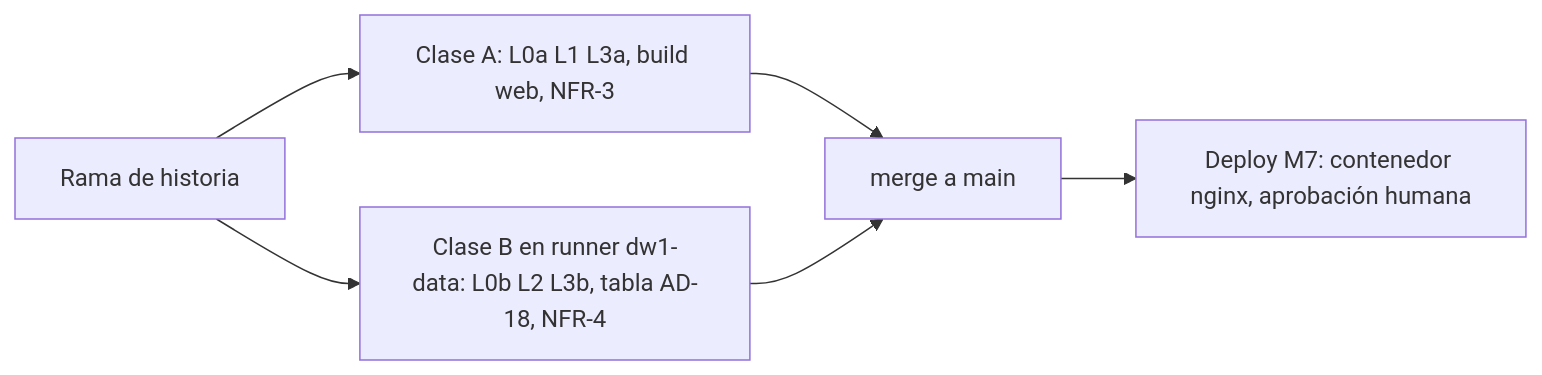
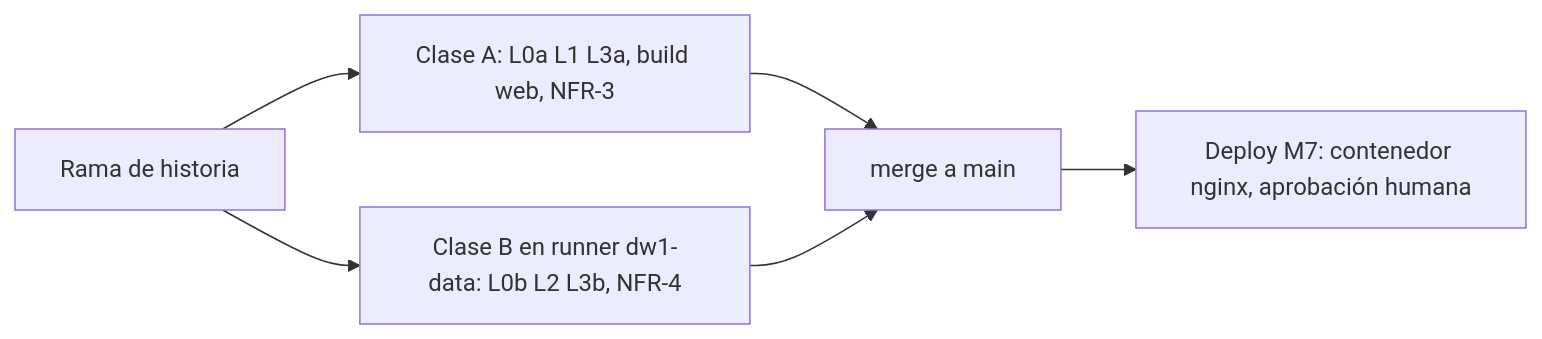
One commit to 4Dante-senpai/dw-port changed the third of 3 diagrams in docs/planning-artifacts/architecture/architecture-dw-port-2026-10-11/ARCHITECTURE-SPINE.md. Above: the diagram before and after it, drawn with Mermaid. The commit also changed other lines of this file and 5 other files, not shown here.

First line of the commit message:
docs(architecture): finalize spine with AD-18 option A and GitLab CI

````diff
--- a/docs/planning-artifacts/architecture/architecture-dw-port-2026-10-11/ARCHITECTURE-SPINE.md
+++ b/docs/planning-artifacts/architecture/architecture-dw-port-2026-10-11/ARCHITECTURE-SPINE.md
@@ -367,8 +364,8 @@
 ```mermaid
 graph LR
   DEV[Rama de historia] --> A[Clase A: L0a L1 L3a, build web, NFR-3]
-  DEV --> B[Clase B en runner dw1-data: L0b L2 L3b, tabla AD-18, NFR-4]
+  DEV --> B[Clase B en runner dw1-data: L0b L2 L3b, NFR-4]
   A --> MERGE[merge a main]
   B --> MERGE
   MERGE --> DEPLOY[Deploy M7: contenedor nginx, aprobación humana]
 ```
````
